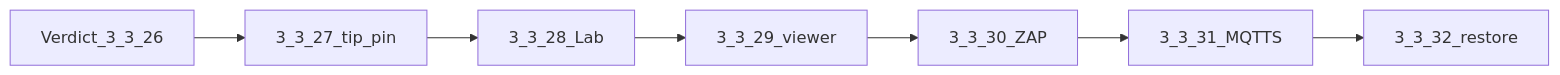
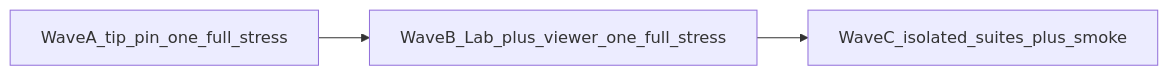
The diagram in docs/operations/patch_trains/openfdd_nightly_bug_train_3.3.27_plus_program.plan.md (bbartling/open-fdd), drawn with Mermaid before and after one commit. The commit also changed other lines of this file and 4 other files, not shown here.

First line of the commit message:
docs: MQTTS Overview zone_t chart stress gate (#850)

````diff
--- a/docs/operations/patch_trains/openfdd_nightly_bug_train_3.3.27_plus_program.plan.md
+++ b/docs/operations/patch_trains/openfdd_nightly_bug_train_3.3.27_plus_program.plan.md
@@ -45,11 +33,7 @@
 ```mermaid
 flowchart LR
-  c326[Verdict_3_3_26]
-  c327[3_3_27_tip_pin]
-  c328[3_3_28_Lab]
-  c329[3_3_29_viewer]
-  c330[3_3_30_ZAP]
-  c331[3_3_31_MQTTS]
-  c332[3_3_32_restore]
-  c326 --> c327 --> c328 --> c329 --> c330 --> c331 --> c332
+  waveA[WaveA_tip_pin_one_full_stress]
+  waveB[WaveB_Lab_plus_viewer_one_full_stress]
+  waveC[WaveC_isolated_suites_plus_smoke]
+  waveA --> waveB --> waveC
 ```
````
